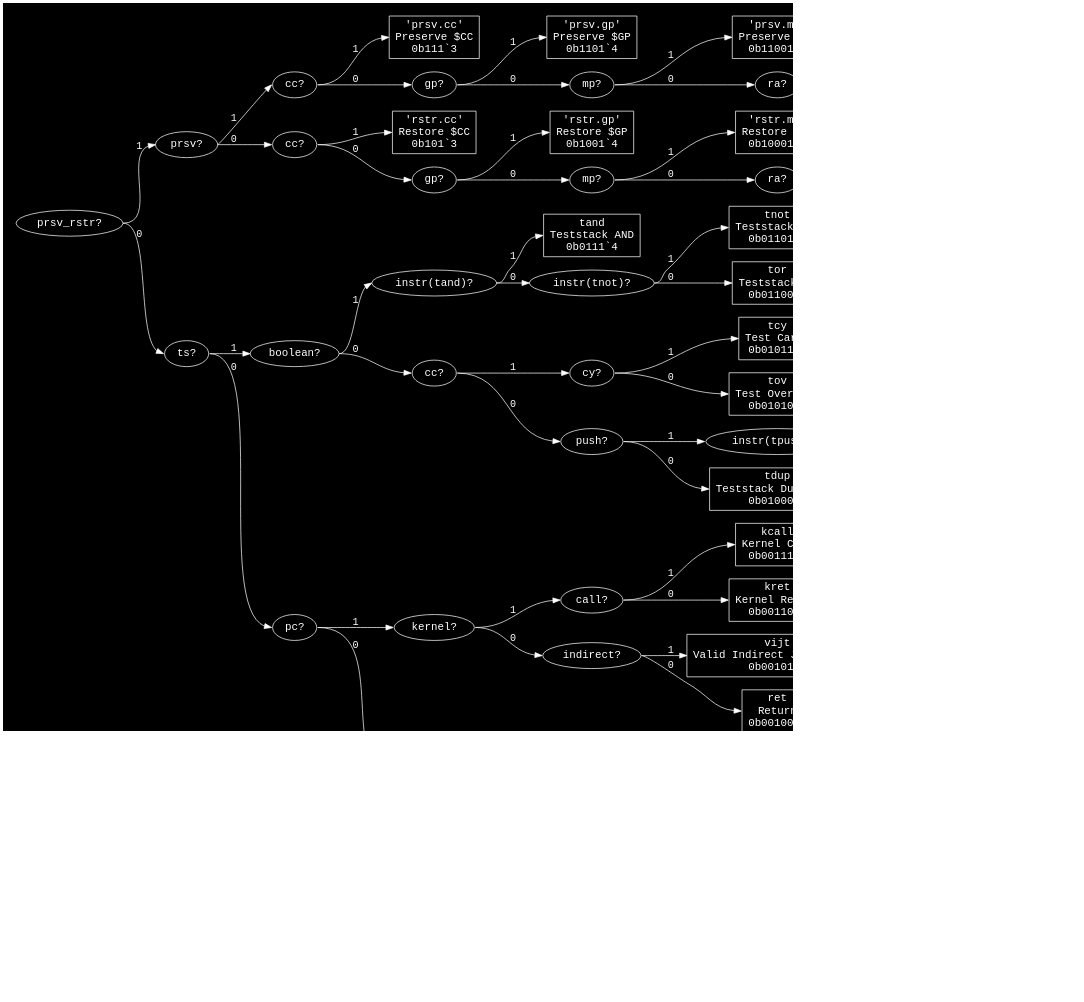
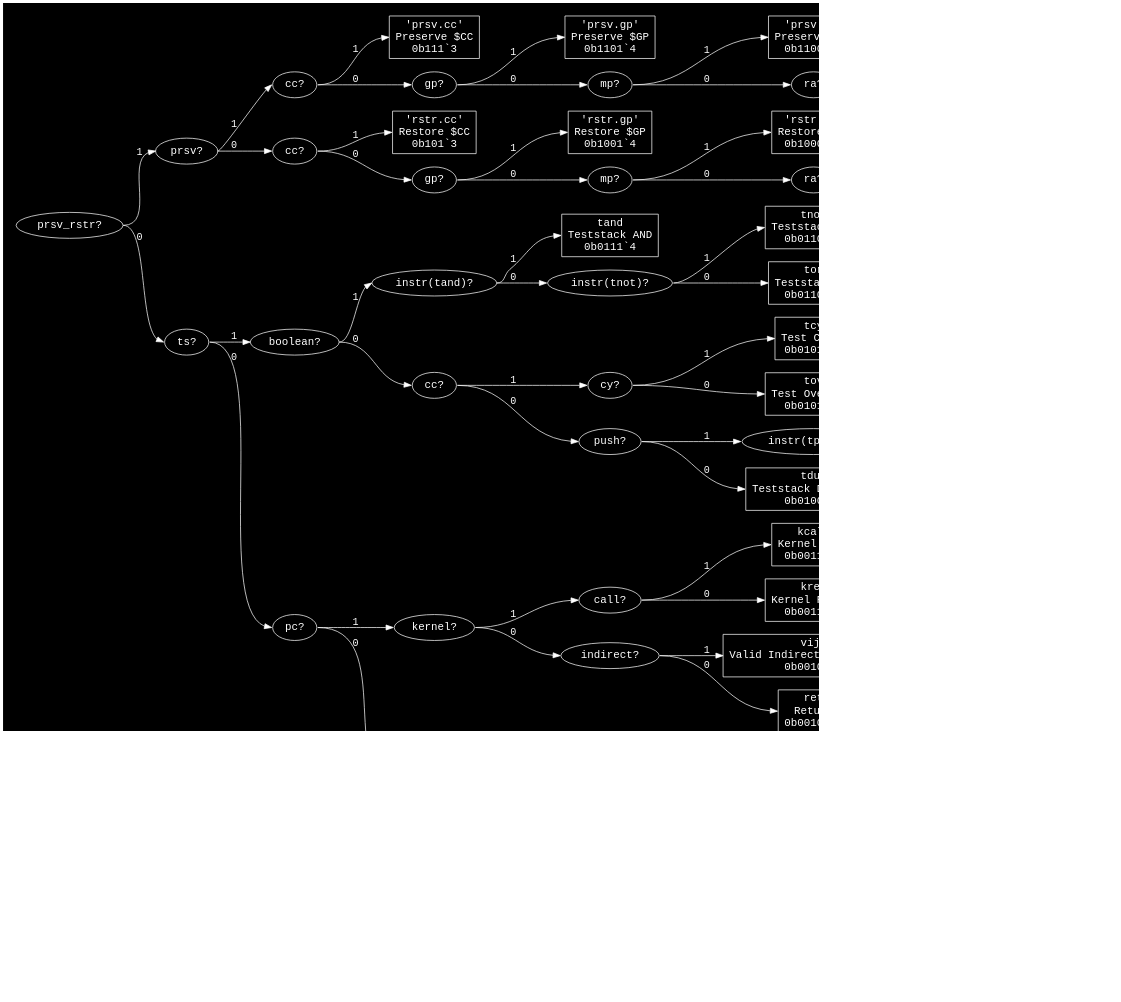
Before and after one commit to eignnx/SPRIND: the diagram in assets/graphs/o.dot, drawn with Graphviz. The commit also changed 7 other files, not shown here.

```diff
--- a/assets/graphs/o.dot
+++ b/assets/graphs/o.dot
@@ -1,118 +1,114 @@
 digraph "Format o" {
   graph [dpi = 100, bgcolor="#111", fontcolor="white", rankdir=LR, pad="0.25"];
   node [fontname = "Courier", fontsize="15pt", color="white", fontcolor="white"];
   edge [fontname = "Courier", color="white", fontcolor="white"];
-  "prsv_rstr_1971878" [label = "prsv_rstr?", shape = ellipse];
-  "prsv_rstr_1971878":e -> "prsv_9179296":w [label = "1"];
-  "prsv_rstr_1971878":e -> "ts_5520435":w [label = "0"];
+  "prsv_rstr_7535936" [label = "prsv_rstr?", shape = ellipse];
+  "prsv_rstr_7535936":e -> "prsv_9179296":w [label = "1"];
+  "prsv_rstr_7535936":e -> "ts_13973404":w [label = "0"];
   "prsv_9179296" [label = "prsv?", shape = ellipse];
   "prsv_9179296":e -> "cc_9693221":w [label = "1"];
   "prsv_9179296":e -> "cc_589781":w [label = "0"];
   "cc_9693221" [label = "cc?", shape = ellipse];
   "cc_9693221":e -> "'prsv.cc'_7656682":w [label = "1"];
   "cc_9693221":e -> "gp_13904094":w [label = "0"];
   "'prsv.cc'_7656682" [label = "'prsv.cc'\nPreserve $CC\n0b111`3", shape = rectangle];
   "gp_13904094" [label = "gp?", shape = ellipse];
   "gp_13904094":e -> "'prsv.gp'_4829802":w [label = "1"];
   "gp_13904094":e -> "mp_16292923":w [label = "0"];
   "'prsv.gp'_4829802" [label = "'prsv.gp'\nPreserve $GP\n0b1101`4", shape = rectangle];
   "mp_16292923" [label = "mp?", shape = ellipse];
   "mp_16292923":e -> "'prsv.mp'_12023555":w [label = "1"];
   "mp_16292923":e -> "ra_13136131":w [label = "0"];
   "'prsv.mp'_12023555" [label = "'prsv.mp'\nPreserve $MP\n0b11001`5", shape = rectangle];
   "ra_13136131" [label = "ra?", shape = ellipse];
   "ra_13136131":e -> "'prsv.ra'_11219602":w [label = "1"];
   "ra_13136131":e -> "'prsv.ts'_2474688":w [label = "0"];
   "'prsv.ra'_11219602" [label = "'prsv.ra'\nPreserve $RA\n0b110001`6", shape = rectangle];
   "'prsv.ts'_2474688" [label = "'prsv.ts'\nPreserve $TS\n0b110000`6", shape = rectangle];
   "cc_589781" [label = "cc?", shape = ellipse];
   "cc_589781":e -> "'rstr.cc'_3226942":w [label = "1"];
   "cc_589781":e -> "gp_9560955":w [label = "0"];
   "'rstr.cc'_3226942" [label = "'rstr.cc'\nRestore $CC\n0b101`3", shape = rectangle];
   "gp_9560955" [label = "gp?", shape = ellipse];
   "gp_9560955":e -> "'rstr.gp'_14554136":w [label = "1"];
   "gp_9560955":e -> "mp_12955196":w [label = "0"];
   "'rstr.gp'_14554136" [label = "'rstr.gp'\nRestore $GP\n0b1001`4", shape = rectangle];
   "mp_12955196" [label = "mp?", shape = ellipse];
   "mp_12955196":e -> "'rstr.mp'_10653791":w [label = "1"];
   "mp_12955196":e -> "ra_11767369":w [label = "0"];
   "'rstr.mp'_10653791" [label = "'rstr.mp'\nRestore $MP\n0b10001`5", shape = rectangle];
   "ra_11767369" [label = "ra?", shape = ellipse];
   "ra_11767369":e -> "'rstr.ra'_14990000":w [label = "1"];
   "ra_11767369":e -> "'rstr.ts'_8107659":w [label = "0"];
   "'rstr.ra'_14990000" [label = "'rstr.ra'\nRestore $RA\n0b100001`6", shape = rectangle];
   "'rstr.ts'_8107659" [label = "'rstr.ts'\nRestore $TS\n0b100000`6", shape = rectangle];
-  "ts_5520435" [label = "ts?", shape = ellipse];
-  "ts_5520435":e -> "boolean_10242131":w [label = "1"];
-  "ts_5520435":e -> "pc_13801327":w [label = "0"];
+  "ts_13973404" [label = "ts?", shape = ellipse];
+  "ts_13973404":e -> "boolean_10242131":w [label = "1"];
+  "ts_13973404":e -> "pc_4806617":w [label = "0"];
   "boolean_10242131" [label = "boolean?", shape = ellipse];
   "boolean_10242131":e -> "instr(tand)_12631449":w [label = "1"];
   "boolean_10242131":e -> "cc_1875092":w [label = "0"];
   "instr(tand)_12631449" [label = "instr(tand)?", shape = ellipse];
   "instr(tand)_12631449":e -> "tand_15469294":w [label = "1"];
   "instr(tand)_12631449":e -> "instr(tnot)_10591753":w [label = "0"];
   "tand_15469294" [label = "tand\nTeststack AND\n0b0111`4", shape = rectangle];
   "instr(tnot)_10591753" [label = "instr(tnot)?", shape = ellipse];
   "instr(tnot)_10591753":e -> "tnot_4060624":w [label = "1"];
   "instr(tnot)_10591753":e -> "tor_1243182":w [label = "0"];
   "tnot_4060624" [label = "tnot\nTeststack NOT\n0b01101`5", shape = rectangle];
   "tor_1243182" [label = "tor\nTeststack OR\n0b01100`5", shape = rectangle];
   "cc_1875092" [label = "cc?", shape = ellipse];
   "cc_1875092":e -> "cy_12377790":w [label = "1"];
   "cc_1875092":e -> "push_6662964":w [label = "0"];
   "cy_12377790" [label = "cy?", shape = ellipse];
   "cy_12377790":e -> "tcy_2523867":w [label = "1"];
   "cy_12377790":e -> "tov_12931519":w [label = "0"];
   "tcy_2523867" [label = "tcy\nTest Carry\n0b01011`5", shape = rectangle];
   "tov_12931519" [label = "tov\nTest Overflow\n0b01010`5", shape = rectangle];
   "push_6662964" [label = "push?", shape = ellipse];
   "push_6662964":e -> "instr(tpush0)_3668232":w [label = "1"];
   "push_6662964":e -> "tdup_15487713":w [label = "0"];
   "instr(tpush0)_3668232" [label = "instr(tpush0)?", shape = ellipse];
   "instr(tpush0)_3668232":e -> "tpush0_14509953":w [label = "1"];
   "instr(tpush0)_3668232":e -> "tpush1_12806233":w [label = "0"];
   "tpush0_14509953" [label = "tpush0\nTeststack Push 0\n0b010011`6", shape = rectangle];
   "tpush1_12806233" [label = "tpush1\nTeststack Push 1\n0b010010`6", shape = rectangle];
   "tdup_15487713" [label = "tdup\nTeststack Duplicate\n0b01000`5", shape = rectangle];
-  "pc_13801327" [label = "pc?", shape = ellipse];
-  "pc_13801327":e -> "kernel_288431":w [label = "1"];
-  "pc_13801327":e -> "exc_7341255":w [label = "0"];
+  "pc_4806617" [label = "pc?", shape = ellipse];
+  "pc_4806617":e -> "kernel_288431":w [label = "1"];
+  "pc_4806617":e -> "cy_8998980":w [label = "0"];
   "kernel_288431" [label = "kernel?", shape = ellipse];
   "kernel_288431":e -> "call_7577422":w [label = "1"];
   "kernel_288431":e -> "indirect_14434557":w [label = "0"];
   "call_7577422" [label = "call?", shape = ellipse];
   "call_7577422":e -> "kcall_5951590":w [label = "1"];
   "call_7577422":e -> "kret_6365154":w [label = "0"];
   "kcall_5951590" [label = "kcall\nKernel Call\n0b00111`5", shape = rectangle];
   "kret_6365154" [label = "kret\nKernel Return\n0b00110`5", shape = rectangle];
   "indirect_14434557" [label = "indirect?", shape = ellipse];
   "indirect_14434557":e -> "vijt_15558388":w [label = "1"];
   "indirect_14434557":e -> "ret_11021990":w [label = "0"];
   "vijt_15558388" [label = "vijt\nValid Indirect Jump Target\n0b00101`5", shape = rectangle];
   "ret_11021990" [label = "ret\nReturn\n0b00100`5", shape = rectangle];
-  "exc_7341255" [label = "exc?", shape = ellipse];
-  "exc_7341255":e -> "dbg_6120140":w [label = "1"];
-  "exc_7341255":e -> "cy_13105418":w [label = "0"];
-  "dbg_6120140" [label = "dbg?", shape = ellipse];
-  "dbg_6120140":e -> "instr('BREAK')_1049706":w [label = "1"];
-  "dbg_6120140":e -> "'HALT'_5047438":w [label = "0"];
+  "cy_8998980" [label = "cy?", shape = ellipse];
+  "cy_8998980":e -> "instr('clr.cy')_10387927":w [label = "1"];
+  "cy_8998980":e -> "dbg_8409761":w [label = "0"];
+  "instr('clr.cy')_10387927" [label = "instr('clr.cy')?", shape = ellipse];
+  "instr('clr.cy')_10387927":e -> "'clr.cy'_14719063":w [label = "1"];
+  "instr('clr.cy')_10387927":e -> "'set.cy'_4073820":w [label = "0"];
+  "'clr.cy'_14719063" [label = "'clr.cy'\nClear Carry\n0b00011`5", shape = rectangle];
+  "'set.cy'_4073820" [label = "'set.cy'\nSet Carry\n0b00010`5", shape = rectangle];
+  "dbg_8409761" [label = "dbg?", shape = ellipse];
+  "dbg_8409761":e -> "instr('BREAK')_1049706":w [label = "1"];
+  "dbg_8409761":e -> "cc_10533711":w [label = "0"];
   "instr('BREAK')_1049706" [label = "instr('BREAK')?", shape = ellipse];
   "instr('BREAK')_1049706":e -> "'BREAK'_2863401":w [label = "1"];
   "instr('BREAK')_1049706":e -> "'UNIMPL'_242126":w [label = "0"];
-  "'BREAK'_2863401" [label = "'BREAK'\nBreakpoint\n0b000111`6", shape = rectangle];
-  "'UNIMPL'_242126" [label = "'UNIMPL'\nUnimplemented\n0b000110`6", shape = rectangle];
-  "'HALT'_5047438" [label = "'HALT'\nHalt\n0b00010`5", shape = rectangle];
-  "cy_13105418" [label = "cy?", shape = ellipse];
-  "cy_13105418":e -> "instr('clr.cy')_10387927":w [label = "1"];
-  "cy_13105418":e -> "cc_10533711":w [label = "0"];
-  "instr('clr.cy')_10387927" [label = "instr('clr.cy')?", shape = ellipse];
-  "instr('clr.cy')_10387927":e -> "'clr.cy'_14719063":w [label = "1"];
-  "instr('clr.cy')_10387927":e -> "'set.cy'_4073820":w [label = "0"];
-  "'clr.cy'_14719063" [label = "'clr.cy'\nClear Carry\n0b000011`6", shape = rectangle];
-  "'set.cy'_4073820" [label = "'set.cy'\nSet Carry\n0b000010`6", shape = rectangle];
+  "'BREAK'_2863401" [label = "'BREAK'\nBreakpoint\n0b000011`6", shape = rectangle];
+  "'UNIMPL'_242126" [label = "'UNIMPL'\nUnimplemented\n0b000010`6", shape = rectangle];
   "cc_10533711" [label = "cc?", shape = ellipse];
   "cc_10533711":e -> "sleep_7709320":w [label = "1"];
   "cc_10533711":e -> "'NONEXE0'_14746452":w [label = "0"];
   "sleep_7709320" [label = "sleep\nSleep\n0b000001`6", shape = rectangle];
   "'NONEXE0'_14746452" [label = "'NONEXE0'\nNon-executable (0s Version)\n0b000000`6", shape = rectangle];
 }
```
